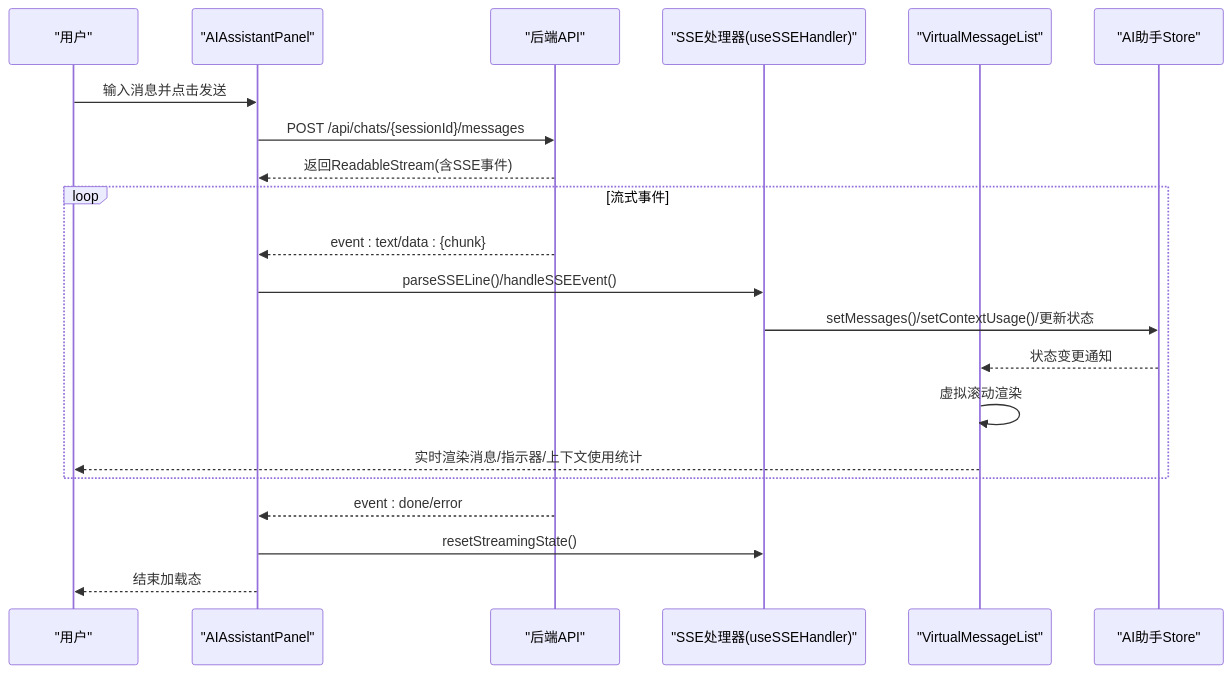
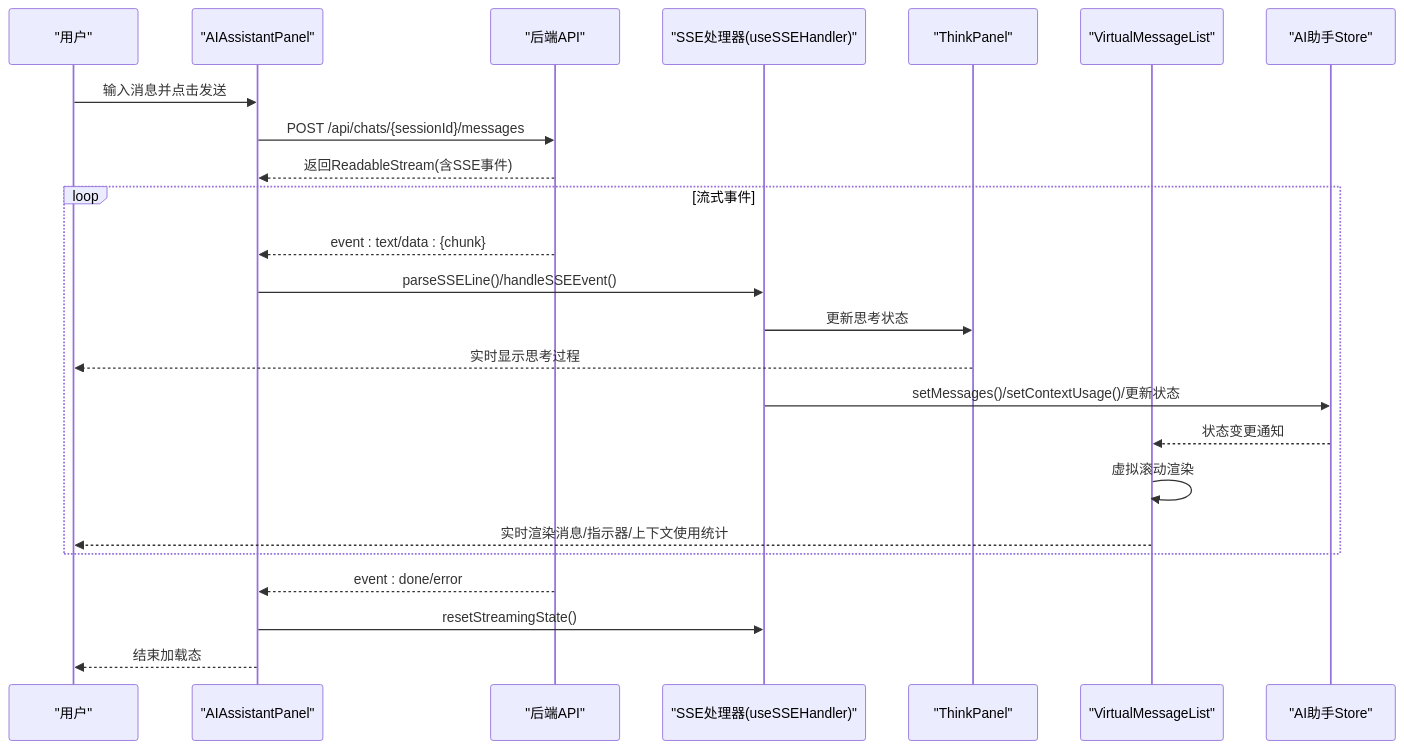
Before and after one commit to KunLabAI/KunFlix: the second of 5 diagrams in .qoder/repowiki/zh/content/前端应用架构/UI组件库/AI助手组件/AI助手组件.md, drawn with Mermaid. The commit also changed other lines of this file and 17 other files, not shown here.

````diff
--- a/.qoder/repowiki/zh/content/前端应用架构/UI组件库/AI助手组件/AI助手组件.md
+++ b/.qoder/repowiki/zh/content/前端应用架构/UI组件库/AI助手组件/AI助手组件.md
@@ -174,23 +204,26 @@
 ```mermaid
 sequenceDiagram
 participant U as "用户"
 participant P as "AIAssistantPanel"
 participant API as "后端API"
 participant SSE as "SSE处理器(useSSEHandler)"
+participant TP as "ThinkPanel"
 participant VML as "VirtualMessageList"
 participant S as "AI助手Store"
 U->>P : 输入消息并点击发送
 P->>API : POST /api/chats/{sessionId}/messages
 API-->>P : 返回ReadableStream(含SSE事件)
 loop 流式事件
 API-->>P : event : text/data : {chunk}
 P->>SSE : parseSSELine()/handleSSEEvent()
+SSE->>TP : 更新思考状态
+TP-->>U : 实时显示思考过程
 SSE->>S : setMessages()/setContextUsage()/更新状态
 S-->>VML : 状态变更通知
 VML->>VML : 虚拟滚动渲染
 VML-->>U : 实时渲染消息/指示器/上下文使用统计
 end
 API-->>P : event : done/error
 P->>SSE : resetStreamingState()
 P-->>U : 结束加载态
 ```
````
